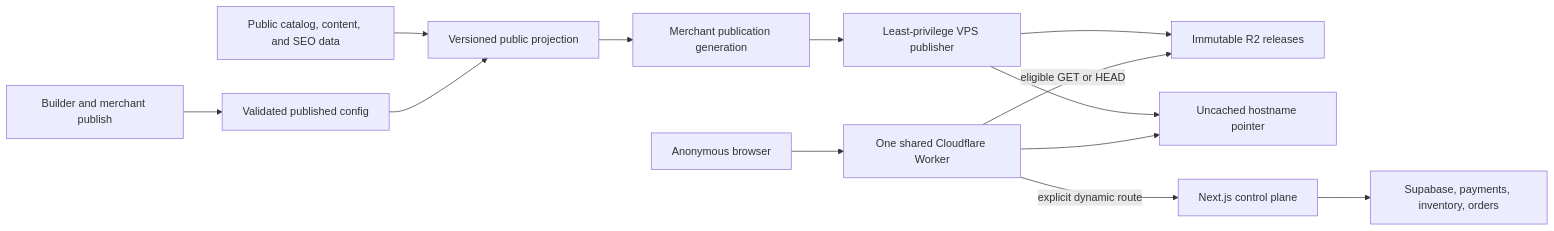
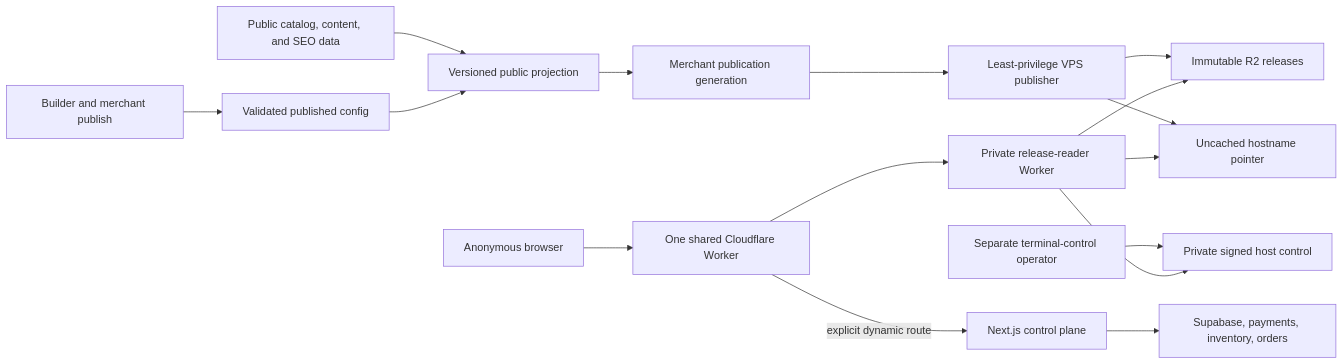
One commit to Ogabassey-Services-Limited/Baci changed the diagram in docs/superpowers/plans/2026-08-05-multi-tenant-edge-storefront-delivery.md. Above: the diagram before and after it, drawn with Mermaid. The commit also changed other lines of this file, not shown here.

````diff
--- a/docs/superpowers/plans/2026-08-05-multi-tenant-edge-storefront-delivery.md
+++ b/docs/superpowers/plans/2026-08-05-multi-tenant-edge-storefront-delivery.md
@@ -40,15 +42,18 @@
 ```mermaid
 flowchart LR
   Builder["Builder and merchant publish"] --> Published["Validated published config"]
   Catalog["Public catalog, content, and SEO data"] --> Projection["Versioned public projection"]
   Published --> Projection
   Projection --> Queue["Merchant publication generation"]
   Queue --> Publisher["Least-privilege VPS publisher"]
   Publisher --> Releases["Immutable R2 releases"]
   Publisher --> Pointer["Uncached hostname pointer"]
+  Terminal["Separate terminal-control operator"] --> Control["Private signed host control"]
   Browser["Anonymous browser"] --> Worker["One shared Cloudflare Worker"]
-  Worker --> Pointer
-  Worker -->|"eligible GET or HEAD"| Releases
+  Worker --> Reader["Private release-reader Worker"]
+  Reader --> Control
+  Reader --> Pointer
+  Reader --> Releases
   Worker -->|"explicit dynamic route"| Origin["Next.js control plane"]
   Origin --> Commerce["Supabase, payments, inventory, orders"]
 ```
````
